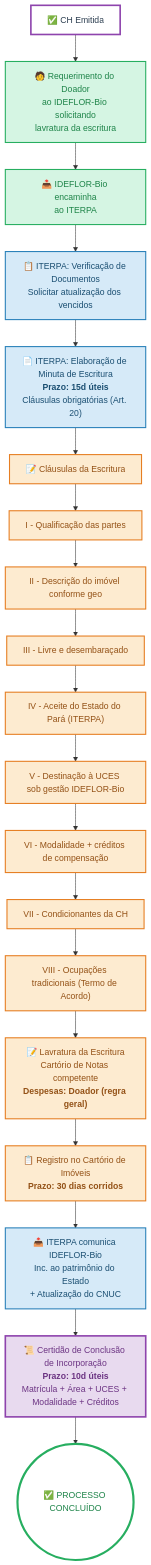
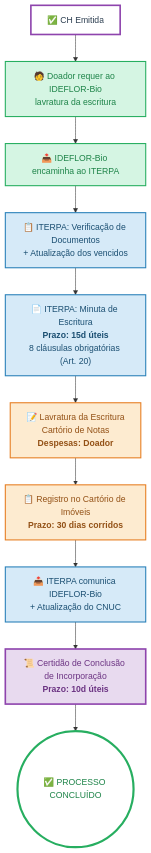
One commit to NGEO-IDEFLOR-Bio/certFundiaria-uces-pa changed the seventh of 11 diagrams in docs/03-fluxos/fluxos.md. Above: the diagram before and after it, drawn with Mermaid. The commit also changed other lines of this file, not shown here.

Commit message:
Simplifica diagramas grandes para evitar corte vertical no GitHub - move detalhes para texto abaixo dos diagramas

````diff
--- a/docs/03-fluxos/fluxos.md
+++ b/docs/03-fluxos/fluxos.md
@@ -264,42 +255,31 @@
 ```mermaid
 flowchart TD
     classDef fase3 fill:#FDEBD0,stroke:#E67E22,stroke-width:2px,color:#935116
     classDef documento fill:#E8DAEF,stroke:#8E44AD,stroke-width:2px,color:#6C3483
     classDef inicio fill:#FFFFFF,stroke:#2C3E50,stroke-width:2px,color:#2C3E50
     classDef iterpa fill:#D6EAF8,stroke:#2980B9,stroke-width:2px,color:#1B4F72
     classDef ideflor fill:#D5F5E3,stroke:#27AE60,stroke-width:2px,color:#1E8449
 
     CHOK["✅ CH Emitida"]:::inicio
-    --> REQ["🧑 Requerimento do Doador<br/>ao IDEFLOR-Bio solicitando<br/>lavratura da escritura"]:::ideflor
+    --> REQ["🧑 Doador requer ao IDEFLOR-Bio<br/>lavratura da escritura"]:::ideflor
 
-    REQ --> ENC["📤 IDEFLOR-Bio encaminha<br/>ao ITERPA"]:::ideflor
+    REQ --> ENC["📤 IDEFLOR-Bio encaminha ao ITERPA"]:::ideflor
 
-    ENC --> VERIF["📋 ITERPA: Verificação de Documentos<br/>Solicitar atualização dos vencidos"]:::iterpa
+    ENC --> VERIF["📋 ITERPA: Verificação de Documentos<br/>+ Atualização dos vencidos"]:::iterpa
 
-    VERIF --> MINUTA["📄 ITERPA: Elaboração de Minuta de Escritura<br/><b>Prazo: 15d úteis</b><br/>Cláusulas obrigatórias (Art. 20)"]:::iterpa
+    VERIF --> MINUTA["📄 ITERPA: Minuta de Escritura<br/><b>Prazo: 15d úteis</b><br/>8 cláusulas obrigatórias (Art. 20)"]:::iterpa
 
-    MINUTA --> CLAUSULAS["📝 Cláusulas da Escritura"]:::fase3
-
-    CLAUSULAS --> C1["I - Qualificação das partes"]:::fase3
-    C1 --> C2["II - Descrição do imóvel conforme geo"]:::fase3
-    C2 --> C3["III - Livre e desembaraçado"]:::fase3
-    C3 --> C4["IV - Aceite do Estado do Pará (ITERPA)"]:::fase3
-    C4 --> C5["V - Destinação à UCES sob gestão IDEFLOR-Bio"]:::fase3
-    C5 --> C6["VI - Modalidade + créditos de compensação"]:::fase3
-    C6 --> C7["VII - Condicionantes da CH"]:::fase3
-    C7 --> C8["VIII - Ocupações tradicionais (Termo de Acordo)"]:::fase3
-
-    C8 --> LAV["📝 Lavratura da Escritura<br/>Cartório de Notas competente<br/><b>Despesas: Doador (regra geral)</b>"]:::fase3
+    MINUTA --> LAV["📝 Lavratura da Escritura<br/>Cartório de Notas<br/><b>Despesas: Doador</b>"]:::fase3
 
     LAV --> REG["📋 Registro no Cartório de Imóveis<br/><b>Prazo: 30 dias corridos</b>"]:::fase3
 
-    REG --> COM["📤 ITERPA comunica IDEFLOR-Bio<br/>Inc. ao patrimônio do Estado<br/>+ Atualização do CNUC"]:::iterpa
+    REG --> COM["📤 ITERPA comunica IDEFLOR-Bio<br/>+ Atualização do CNUC"]:::iterpa
 
-    COM --> CCI["📜 Certidão de Conclusão de Incorporação<br/><b>Prazo: 10d úteis</b><br/>Matrícula + Área + UCES + Modalidade + Créditos"]:::documento
+    COM --> CCI["📜 Certidão de Conclusão de Incorporação<br/><b>Prazo: 10d úteis</b>"]:::documento
 
     CCI --> FIM(("✅ PROCESSO CONCLUÍDO")):::inicio
 
     style FIM stroke:#27AE60,stroke-width:4px,color:#1E8449
     style CCI stroke-width:3px
     style CHOK stroke:#8E44AD,stroke-width:3px
 ```
````
